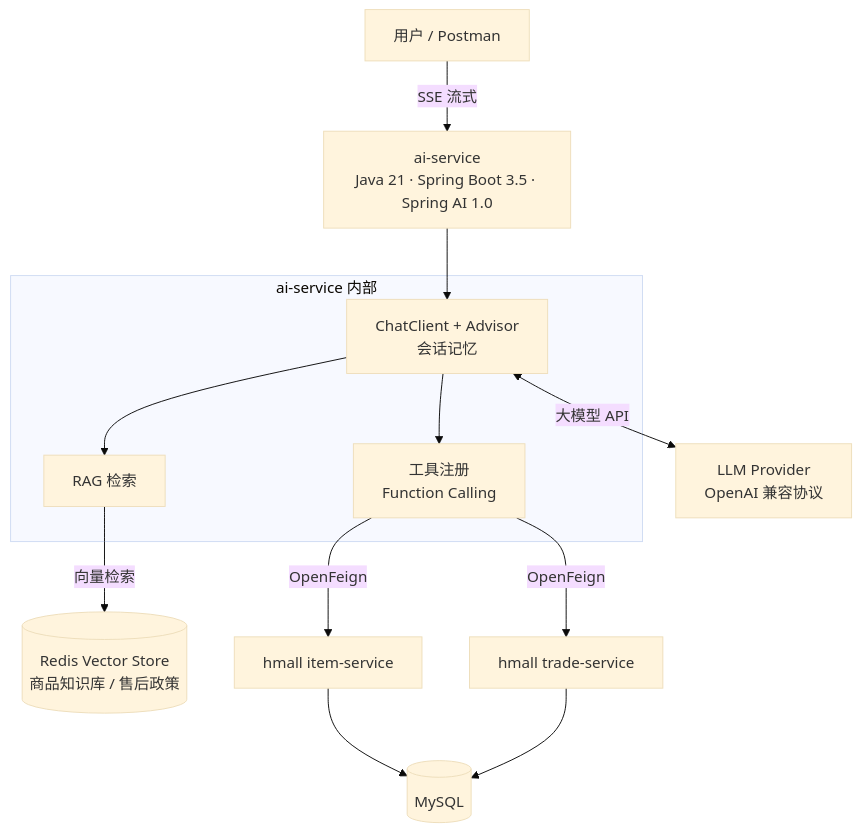
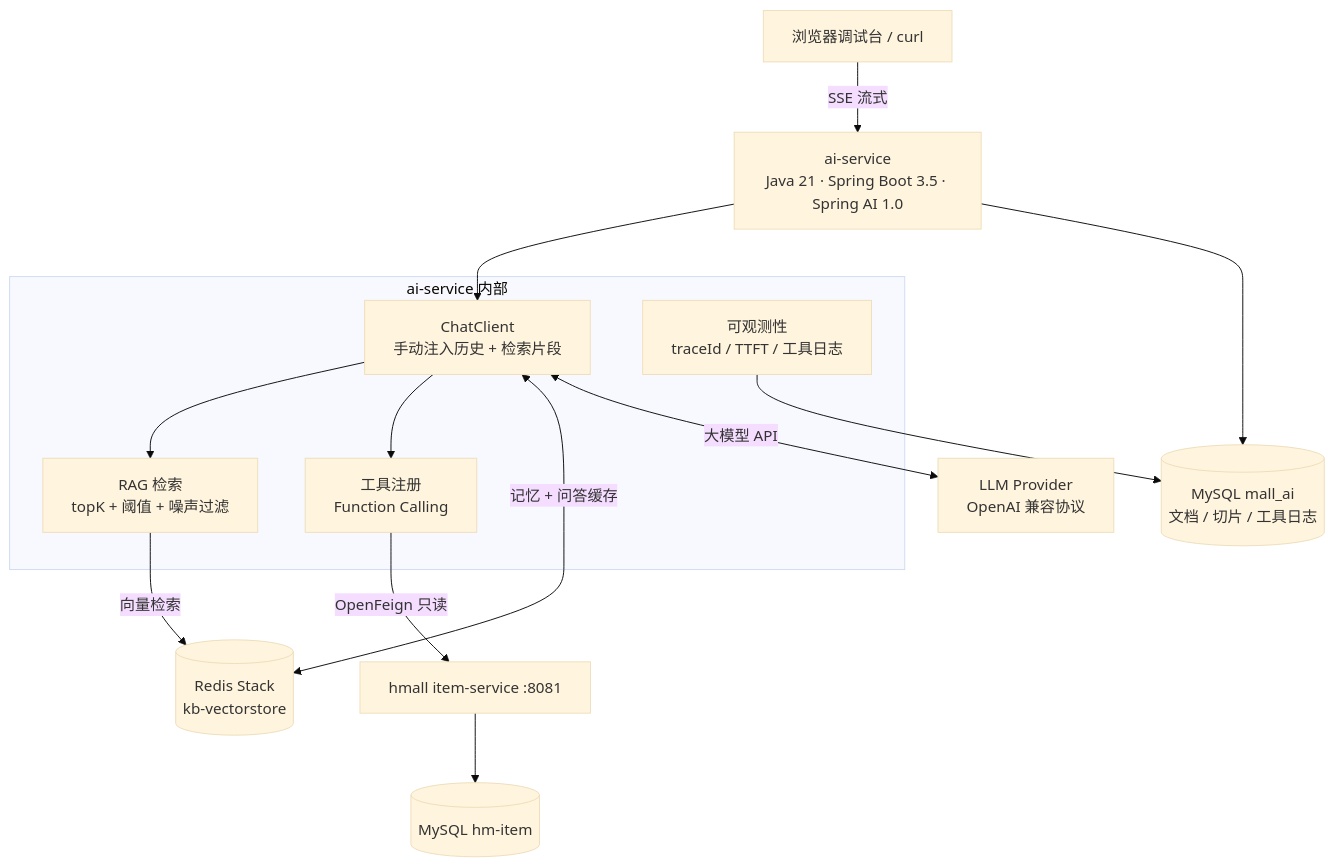
One commit to aHuaiUU/mall-ai-assistant changed the first of 2 diagrams in README.md. Above: the diagram before and after it, drawn with Mermaid (base theme). The commit also changed other lines of this file and 1 other file, not shown here.

````diff
--- a/README.md
+++ b/README.md
@@ -25,20 +25,22 @@
 ```mermaid
 flowchart TB
-    U["用户 / Postman"] -->|"SSE 流式"| AI["ai-service<br/>Java 21 · Spring Boot 3.5 · Spring AI 1.0"]
+    U["浏览器调试台 / curl"] -->|"SSE 流式"| AI["ai-service<br/>Java 21 · Spring Boot 3.5 · Spring AI 1.0"]
 
     subgraph SVC["ai-service 内部"]
-        CC["ChatClient + Advisor<br/>会话记忆"]
-        RAG["RAG 检索"]
+        CC["ChatClient<br/>手动注入历史 + 检索片段"]
+        RAG["RAG 检索<br/>topK + 阈值 + 噪声过滤"]
         TOOL["工具注册<br/>Function Calling"]
+        OBS["可观测性<br/>traceId / TTFT / 工具日志"]
     end
 
     AI --> CC
     CC --> RAG
     CC --> TOOL
-    RAG -->|"向量检索"| RVS[("Redis Vector Store<br/>商品知识库 / 售后政策")]
-    TOOL -->|"OpenFeign"| ITEM["hmall item-service"]
-    TOOL -->|"OpenFeign"| TRADE["hmall trade-service"]
-    ITEM --> DB[("MySQL")]
-    TRADE --> DB
+    RAG -->|"向量检索"| RVS[("Redis Stack<br/>kb-vectorstore")]
+    CC <-->|"记忆 + 问答缓存"| RVS
+    TOOL -->|"OpenFeign 只读"| ITEM["hmall item-service :8081"]
+    ITEM --> DB[("MySQL hm-item")]
+    AI --> MYSQL[("MySQL mall_ai<br/>文档 / 切片 / 工具日志")]
     CC <-->|"大模型 API"| LLM["LLM Provider<br/>OpenAI 兼容协议"]
+    OBS --> MYSQL
 ```
````
